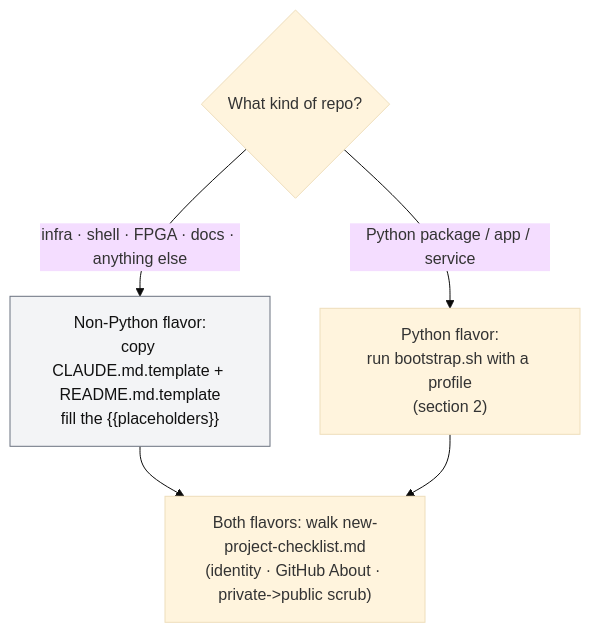
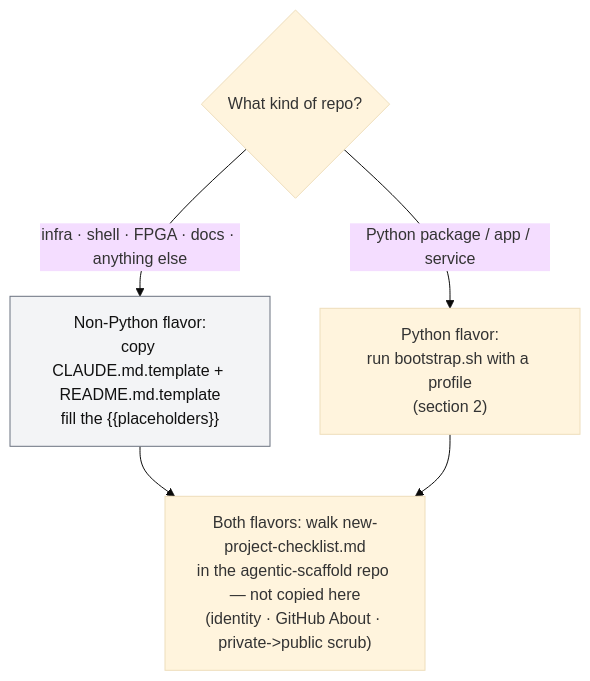
The first of 3 diagrams in python/docs/project-types.md (bbirkinbine/agentic-scaffold), drawn with Mermaid (base theme) before and after one commit. The commit also changed 4 other files, not shown here.

````diff
--- a/python/docs/project-types.md
+++ b/python/docs/project-types.md
@@ -20,11 +20,11 @@
 ```mermaid
 flowchart TD
     Q{"What kind of repo?"}
     Q -->|"Python package / app / service"| PY["Python flavor:<br/>run bootstrap.sh with a profile<br/>(section 2)"]
     Q -->|"infra · shell · FPGA · docs · anything else"| NP["Non-Python flavor:<br/>copy CLAUDE.md.template + README.md.template<br/>fill the {{placeholders}}"]
-    NP --> BOTH["Both flavors: walk new-project-checklist.md<br/>(identity · GitHub About · private->public scrub)"]
+    NP --> BOTH["Both flavors: walk new-project-checklist.md<br/>in the agentic-scaffold repo — not copied here<br/>(identity · GitHub About · private->public scrub)"]
     PY --> BOTH
 
     classDef nonpy fill:#f3f4f6,stroke:#6b7280,color:#111;
     class NP nonpy;
 ```
````
